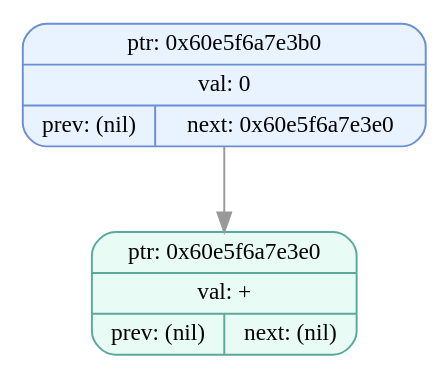
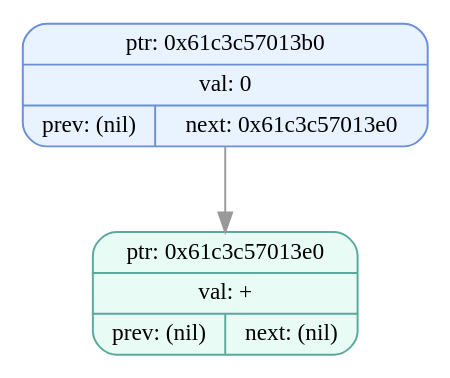
The diagram in dumps/tree_dump_000.dot (EvilTomato9890/Difference), drawn with Graphviz before and after one commit. The commit also changed 29 other files, not shown here.

```diff
--- a/dumps/tree_dump_000.dot
+++ b/dumps/tree_dump_000.dot
@@ -1,7 +1,7 @@
 digraph T{
   node [fontname="Fira Mono",shape=record,style="filled,rounded",fontsize=12];
   graph [splines=true, nodesep=0.6, ranksep=0.6];
-  node_0x60e5f6a7e3b0[shape=record,label="{ {ptr: 0x60e5f6a7e3b0} | {val: 0} | { prev: (nil) | next: 0x60e5f6a7e3e0 } }",color="#6b8fd6",fillcolor="#e9f2ff"];
-  node_0x60e5f6a7e3e0[shape=record,label="{ {ptr: 0x60e5f6a7e3e0} | {val: +} | { prev: (nil) | next: (nil) } }",color="#5aa99b",fillcolor="#e9fbf5"];
-  node_0x60e5f6a7e3b0 -> node_0x60e5f6a7e3e0 [color="#999999"];
+  node_0x61c3c57013b0[shape=record,label="{ {ptr: 0x61c3c57013b0} | {val: 0} | { prev: (nil) | next: 0x61c3c57013e0 } }",color="#6b8fd6",fillcolor="#e9f2ff"];
+  node_0x61c3c57013e0[shape=record,label="{ {ptr: 0x61c3c57013e0} | {val: +} | { prev: (nil) | next: (nil) } }",color="#5aa99b",fillcolor="#e9fbf5"];
+  node_0x61c3c57013b0 -> node_0x61c3c57013e0 [color="#999999"];
 }
```
